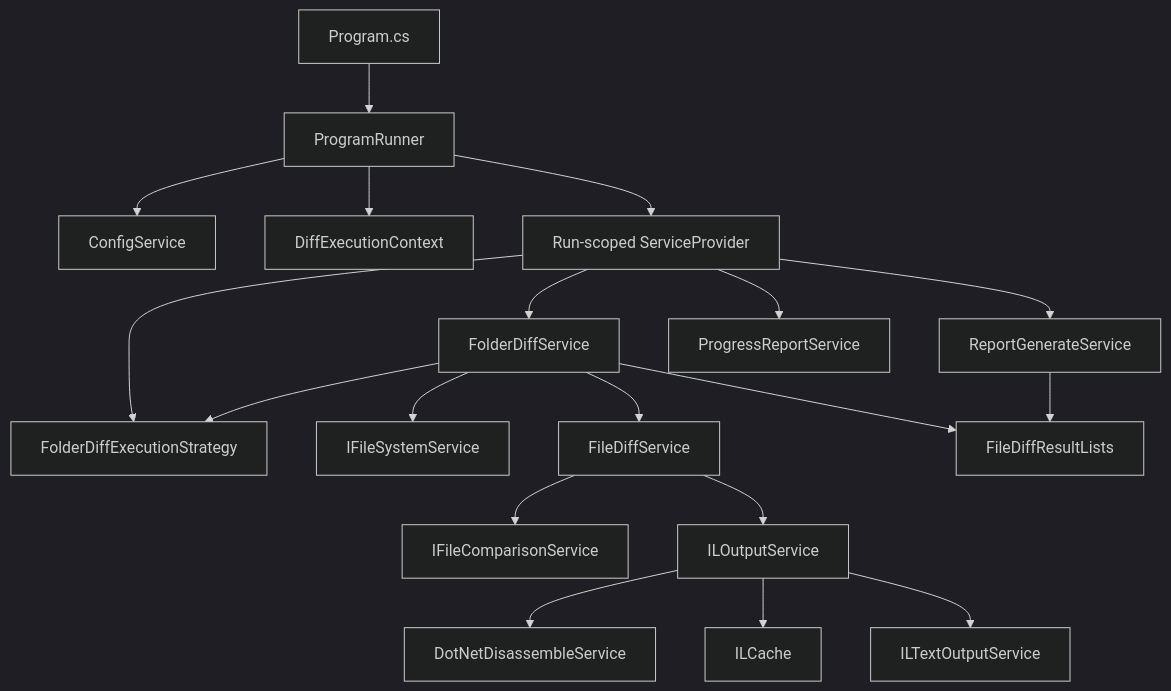
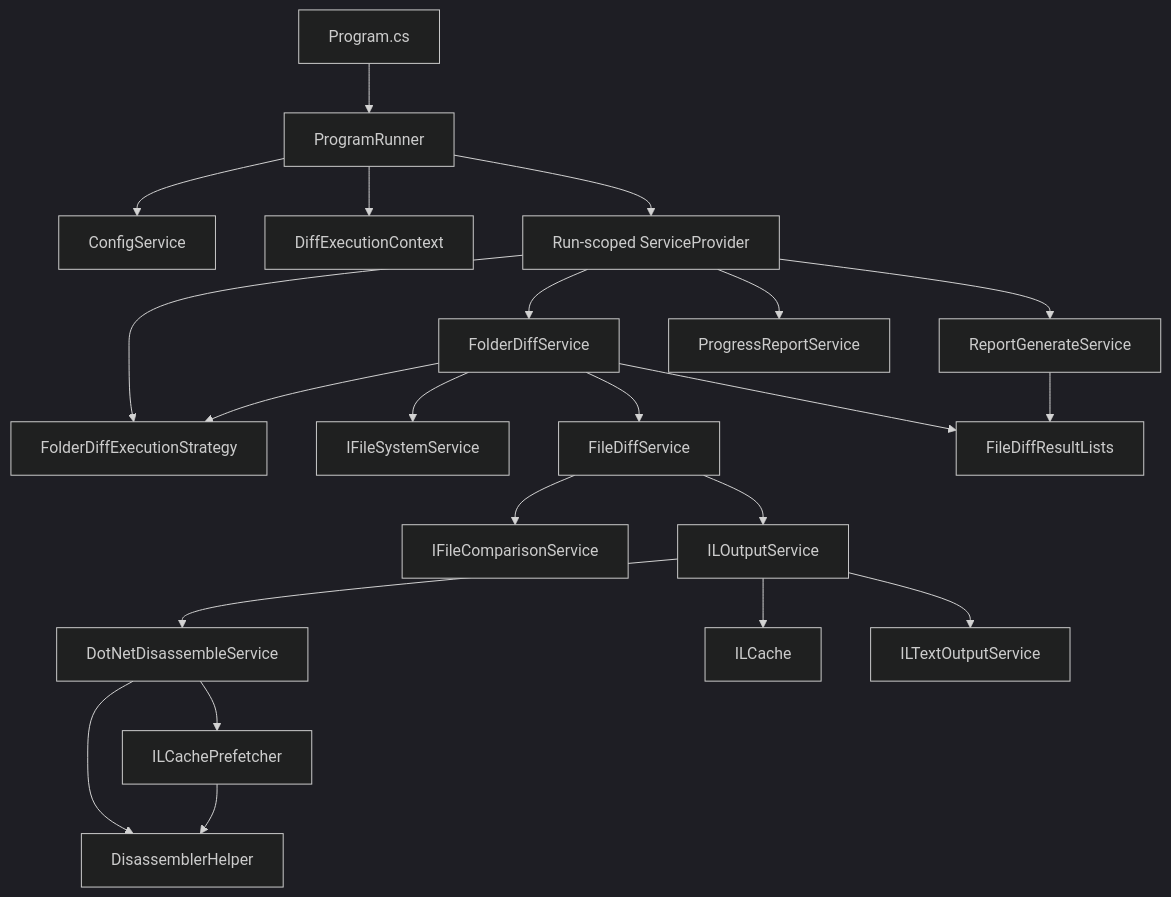
One commit to Widthdom/FolderDiffIL4DotNet changed the first of 10 diagrams in doc/DEVELOPER_GUIDE.md. Above: the diagram before and after it, drawn with Mermaid (dark theme). The commit also changed other lines of this file and 83 other files, not shown here.

````diff
--- a/doc/DEVELOPER_GUIDE.md
+++ b/doc/DEVELOPER_GUIDE.md
@@ -74,21 +82,24 @@
 ```mermaid
 flowchart TD
     A["Program.cs"] --> B["ProgramRunner"]
     B --> C["ConfigService"]
     B --> D["DiffExecutionContext"]
     B --> E["Run-scoped ServiceProvider"]
     E --> F["FolderDiffService"]
     E --> Q["FolderDiffExecutionStrategy"]
     E --> G["ReportGenerateService"]
     E --> H["ProgressReportService"]
     F --> I["IFileSystemService"]
     F --> Q
     F --> J["FileDiffService"]
     J --> K["IFileComparisonService"]
     J --> L["ILOutputService"]
     L --> M["DotNetDisassembleService"]
+    M --> R["ILCachePrefetcher"]
+    M --> S["DisassemblerHelper"]
+    R --> S
     L --> N["ILCache"]
     L --> O["ILTextOutputService"]
     F --> P["FileDiffResultLists"]
     G --> P
 ```
````
